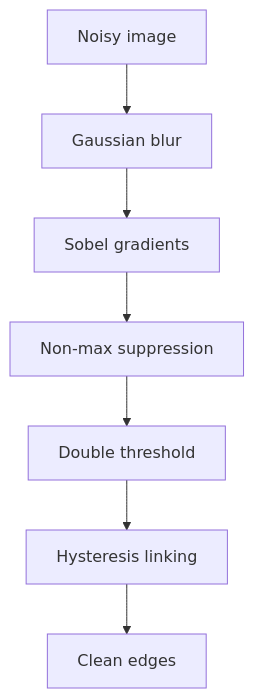
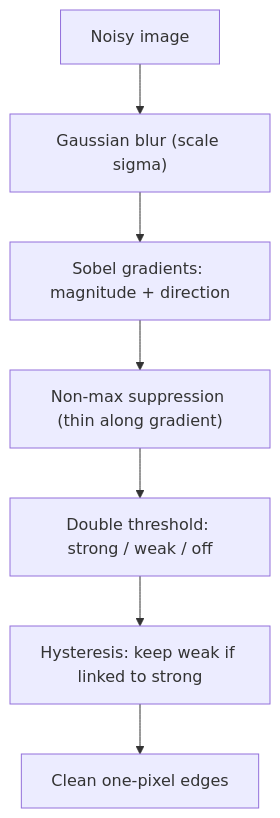
One commit to CODECRUNCHWORLDWIDE/C56-CRUNCH-VISION changed the diagram in curriculum/week-02-classical-cv-edges-features-descriptors/lecture-notes/01-edges-and-canny.md. Above: the diagram before and after it, drawn with Mermaid. The commit also changed other lines of this file and 254 other files, not shown here.

Commit message:
docs: add diagrams + sync content from curriculum source

````diff
--- a/curriculum/week-02-classical-cv-edges-features-descriptors/lecture-notes/01-edges-and-canny.md
+++ b/curriculum/week-02-classical-cv-edges-features-descriptors/lecture-notes/01-edges-and-canny.md
@@ -26,9 +55,9 @@
 ```mermaid
 flowchart TD
-  A["Noisy image"] --> B["Gaussian blur"]
-  B --> C["Sobel gradients"]
-  C --> D["Non-max suppression"]
-  D --> E["Double threshold"]
-  E --> F["Hysteresis linking"]
-  F --> G["Clean edges"]
+  A["Noisy image"] --> B["Gaussian blur (scale sigma)"]
+  B --> C["Sobel gradients: magnitude + direction"]
+  C --> D["Non-max suppression (thin along gradient)"]
+  D --> E["Double threshold: strong / weak / off"]
+  E --> F["Hysteresis: keep weak if linked to strong"]
+  F --> G["Clean one-pixel edges"]
 ```
````
